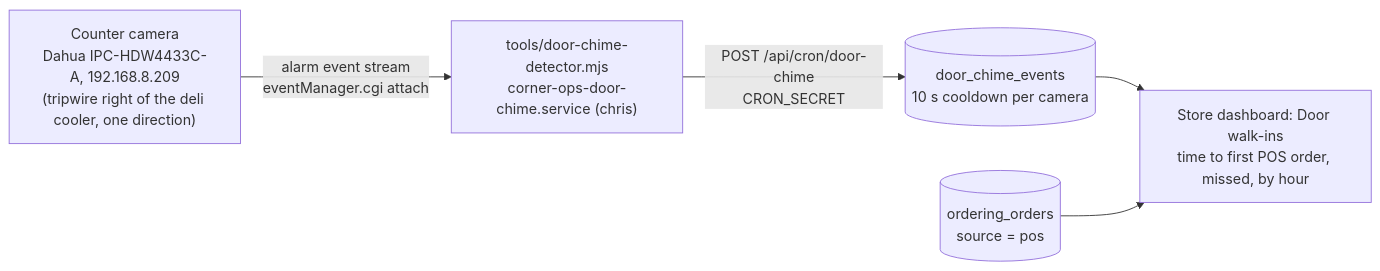
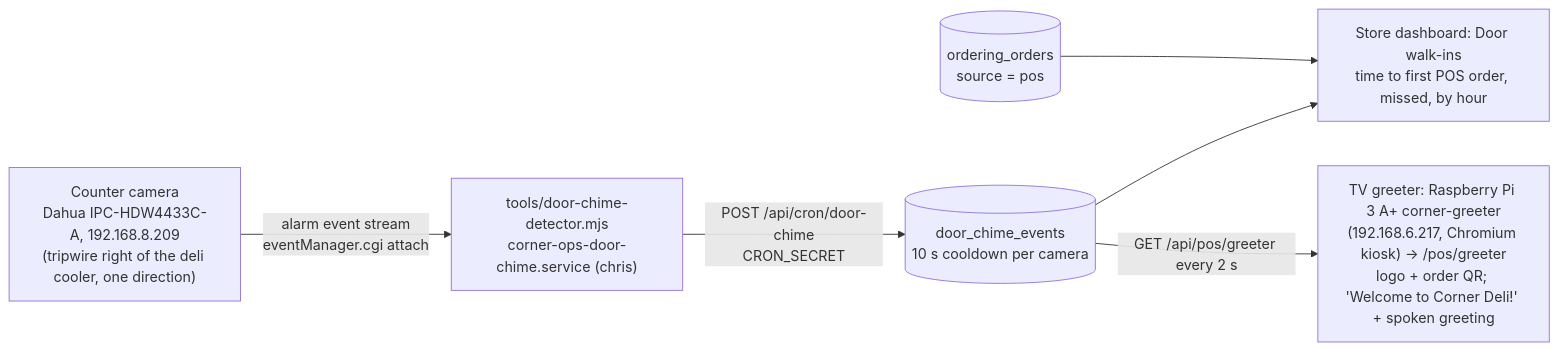
The seventh of 7 diagrams in docs/PROCESS-MAP.md (metalcoat/corner-ops), drawn with Mermaid before and after one commit. The commit also changed other lines of this file and 10 other files, not shown here.

First line of the commit message:
TV greeter: welcome walk-ins on the Corner Deli TV

````diff
--- a/docs/PROCESS-MAP.md
+++ b/docs/PROCESS-MAP.md
@@ -260,7 +260,8 @@
 ```mermaid
 flowchart LR
   cam["Counter camera<br/>Dahua IPC-HDW4433C-A, 192.168.8.209<br/>(tripwire right of the deli cooler, one direction)"] -->|"alarm event stream<br/>eventManager.cgi attach"| det["tools/door-chime-detector.mjs<br/>corner-ops-door-chime.service (chris)"]
   det -->|"POST /api/cron/door-chime<br/>CRON_SECRET"| ev[(door_chime_events<br/>10 s cooldown per camera)]
   ev --> dash["Store dashboard: Door walk-ins<br/>time to first POS order, missed, by hour"]
   ord[(ordering_orders<br/>source = pos)] --> dash
+  ev -->|"GET /api/pos/greeter every 2 s"| tv["TV greeter: Raspberry Pi 3 A+ corner-greeter<br/>(192.168.6.217, Chromium kiosk) → /pos/greeter<br/>logo + order QR; 'Welcome to Corner Deli!' + spoken greeting"]
 ```
````
